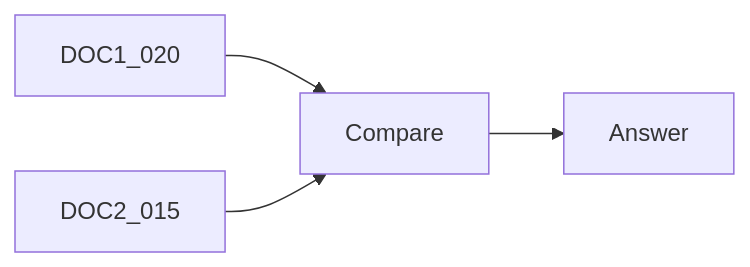
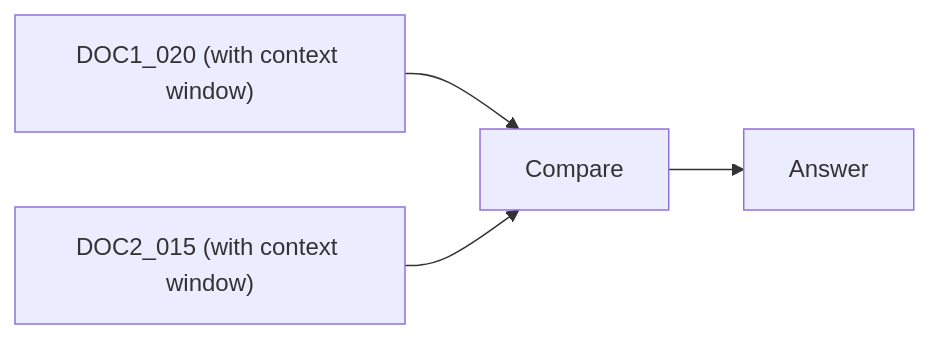
Diagram 12 of 19 in README.md (vanshksingh/Thread-RAG), drawn with Mermaid before and after one commit. The commit also changed other lines of this file, not shown here.

First line of the commit message:
Revise THREAD-RAG architecture details in README

````diff
--- a/README.md
+++ b/README.md
@@ -270,6 +250,6 @@
 ```mermaid
 flowchart LR
-DOC1Chunk[DOC1_020] --> Compare
-DOC2Chunk[DOC2_015] --> Compare
+DOC1Chunk["DOC1_020 (with context window)"] --> Compare
+DOC2Chunk["DOC2_015 (with context window)"] --> Compare
 Compare --> Answer
 ```
````
